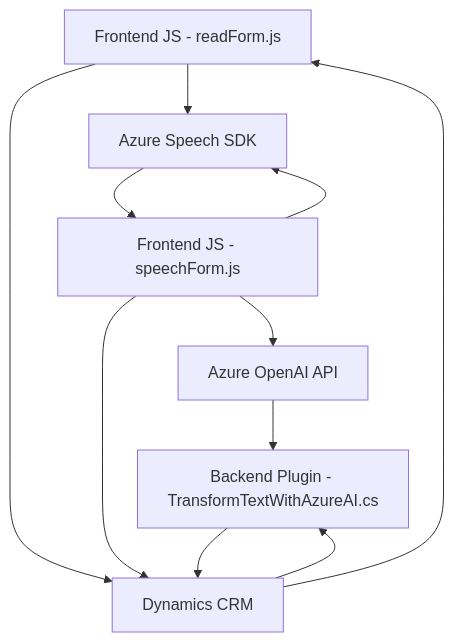
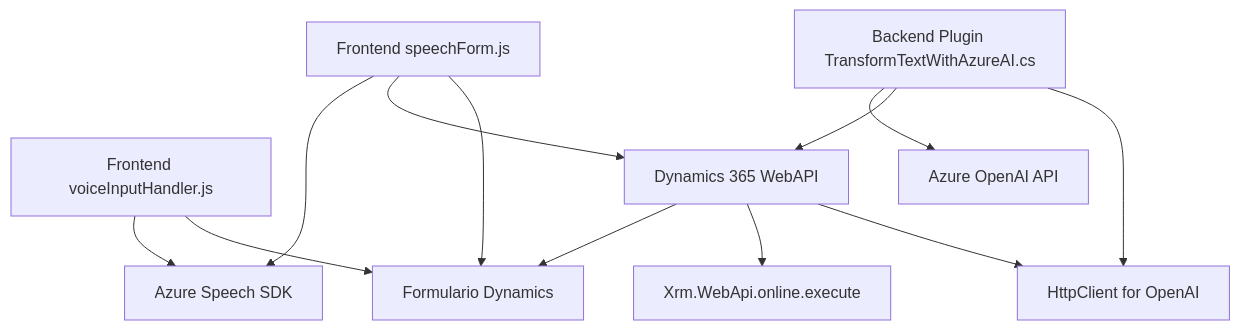
The diagram in README.md (blopezdm/NETCORE_BILBAO2025), drawn with Mermaid before and after one commit. The commit also changed other lines of this file, not shown here.

````diff
--- a/README.md
+++ b/README.md
@@ -73,20 +40,24 @@
 ```mermaid
 graph TD
-    A["Frontend JS - readForm.js"]
-    B["Frontend JS - speechForm.js"]
-    C["Azure Speech SDK"]
-    D["Azure OpenAI API"]
-    E["Backend Plugin - TransformTextWithAzureAI.cs"]
-    F["Dynamics CRM"]
+    A["Frontend voiceInputHandler.js"]
+    B["Frontend speechForm.js"]
+    C["Backend Plugin TransformTextWithAzureAI.cs"]
+    D["Azure Speech SDK"]
+    E["Azure OpenAI API"]
+    F["Dynamics 365 WebAPI"]
+    G["Formulario Dynamics"]
+    H["Xrm.WebApi.online.execute"]
+    I["HttpClient for OpenAI"]
 
-    A-->C
-    A-->F
-    B-->C
-    B-->D
-    B-->F
-    C-->B
-    D-->E
-    E-->F
-    F-->E
-    F-->A
+    A --> D
+    A --> G
+    B --> D
+    B --> F
+    B --> G
+    C --> E
+    C --> F
+    F --> G
+    F --> H
+    C --> I
+    F --> I
 ```
````
